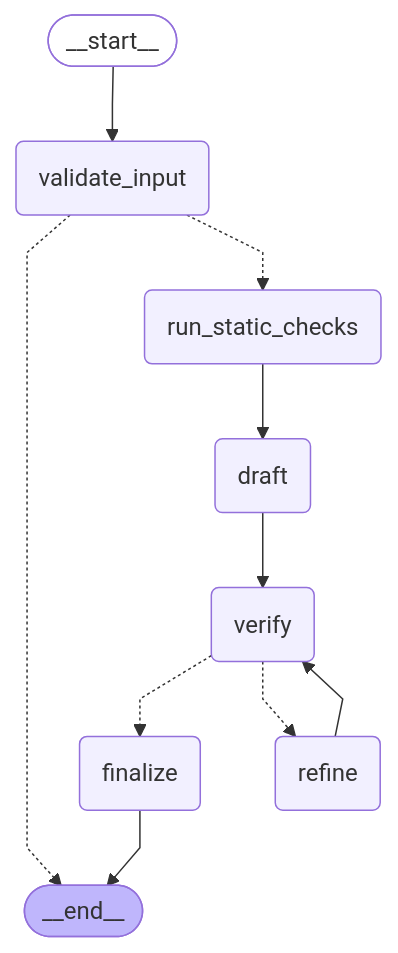
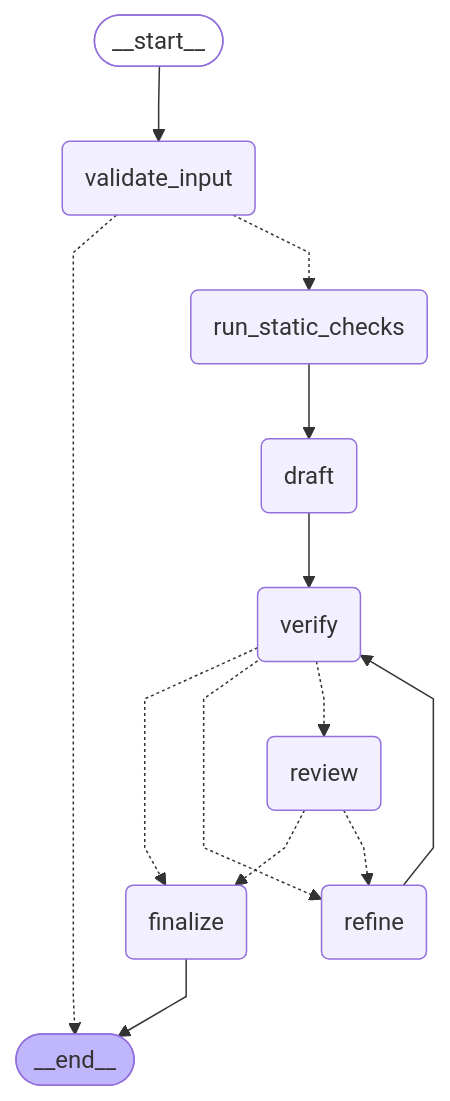
Before and after one commit to ethantranucsb/devassist: the diagram in README.md, drawn with Mermaid. The commit also changed other lines of this file and 19 other files, not shown here.

````diff
--- a/README.md
+++ b/README.md
@@ -158,28 +159,32 @@
 ```mermaid
 ---
 config:
   flowchart:
     curve: linear
 ---
 graph TD;
 	__start__([<p>__start__</p>]):::first
 	validate_input(validate_input)
 	run_static_checks(run_static_checks)
 	draft(draft)
 	verify(verify)
+	review(review)
 	refine(refine)
 	finalize(finalize)
 	__end__([<p>__end__</p>]):::last
 	__start__ --> validate_input;
 	draft --> verify;
 	refine --> verify;
+	review -.-> finalize;
+	review -.-> refine;
 	run_static_checks --> draft;
 	validate_input -.-> __end__;
 	validate_input -.-> run_static_checks;
 	verify -.-> finalize;
 	verify -.-> refine;
+	verify -.-> review;
 	finalize --> __end__;
 	classDef default fill:#f2f0ff,line-height:1.2
 	classDef first fill-opacity:0
 	classDef last fill:#bfb6fc
 ```
````
